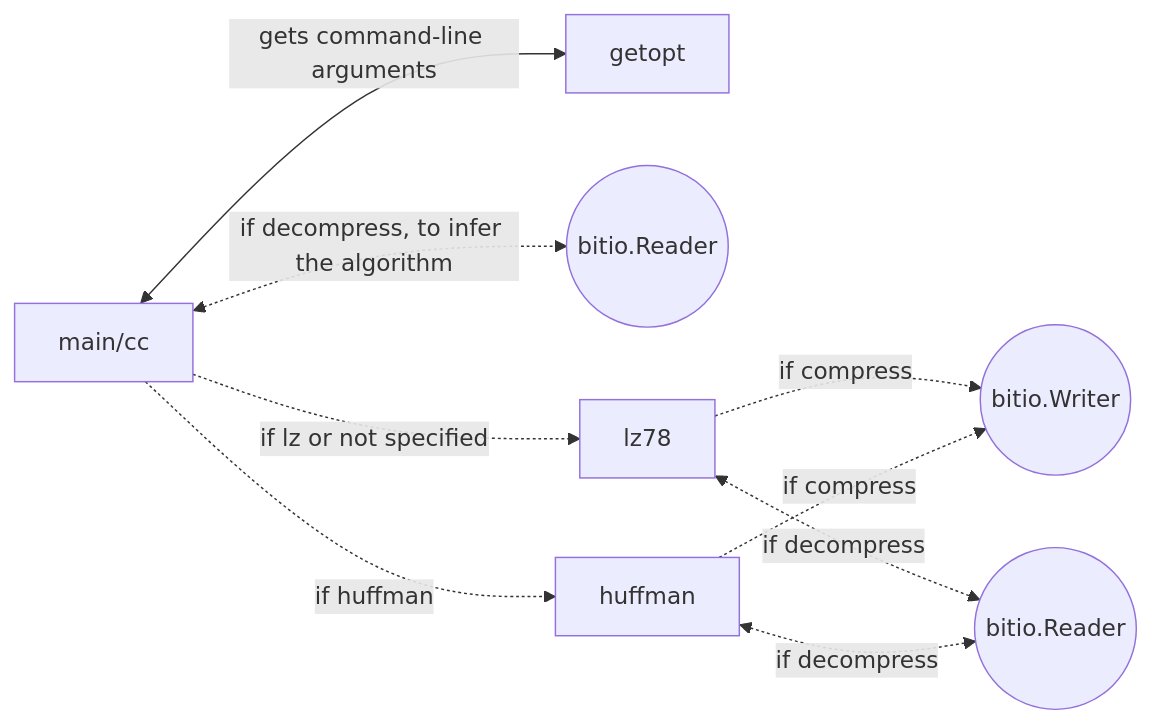
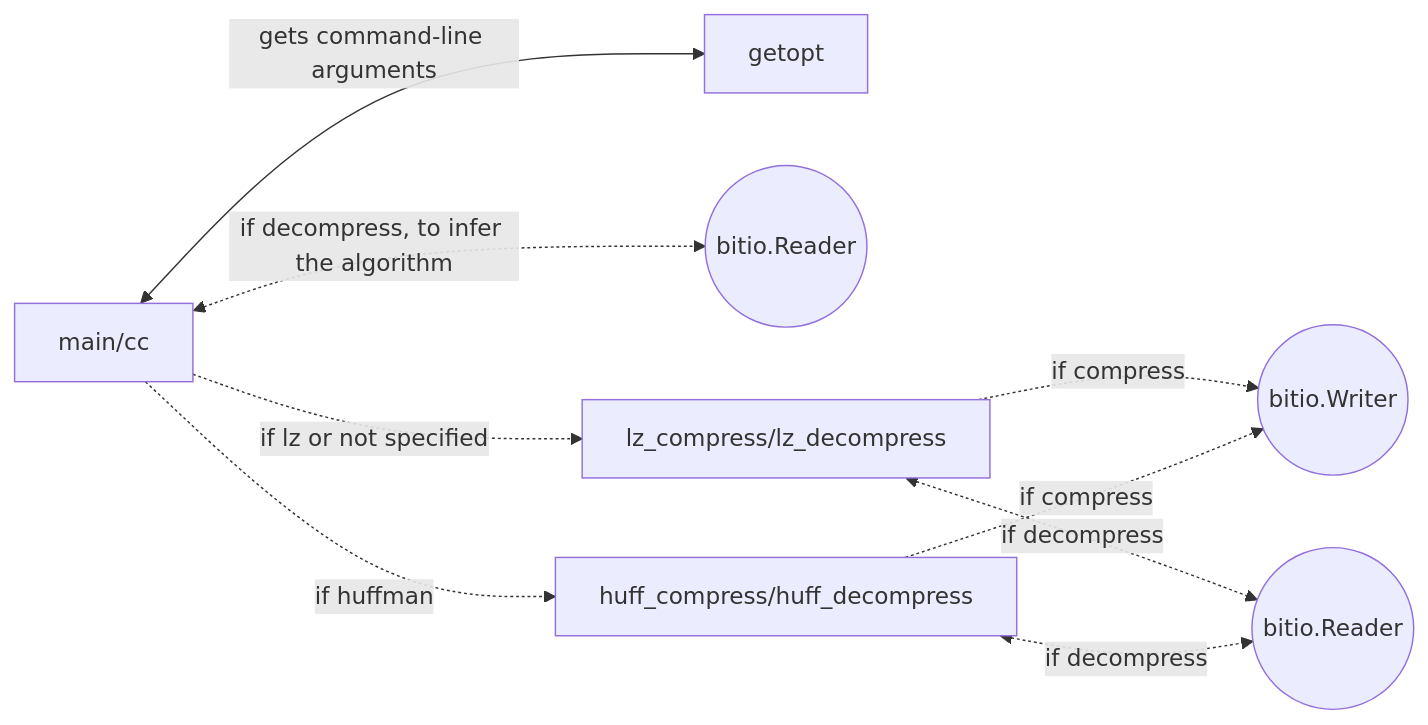
One commit to oskarruo/tiralabra changed the diagram in docs/implementationreport.md. Above: the diagram before and after it, drawn with Mermaid. The commit also changed other lines of this file and 1 other file, not shown here.

Commit message:
clarified documentation

````diff
--- a/docs/implementationreport.md
+++ b/docs/implementationreport.md
@@ -32,11 +32,11 @@
 ```mermaid
 flowchart LR
   A[main/cc] <-->|gets command-line arguments| B[getopt]
   A <-.->|if decompress, to infer the algorithm| G((bitio.Reader))
-  A -.->|if lz or not specified| C[lz78]
-  A -.->|if huffman| D[huffman]
+  A -.->|if lz or not specified| C[lz_compress/lz_decompress]
+  A -.->|if huffman| D[huff_compress/huff_decompress]
   C -.->|if compress| E((bitio.Writer))
   C <-.->|if decompress| F((bitio.Reader))
   D -.->|if compress| E((bitio.Writer))
   D <-.->|if decompress| F((bitio.Reader))
 ```
````
